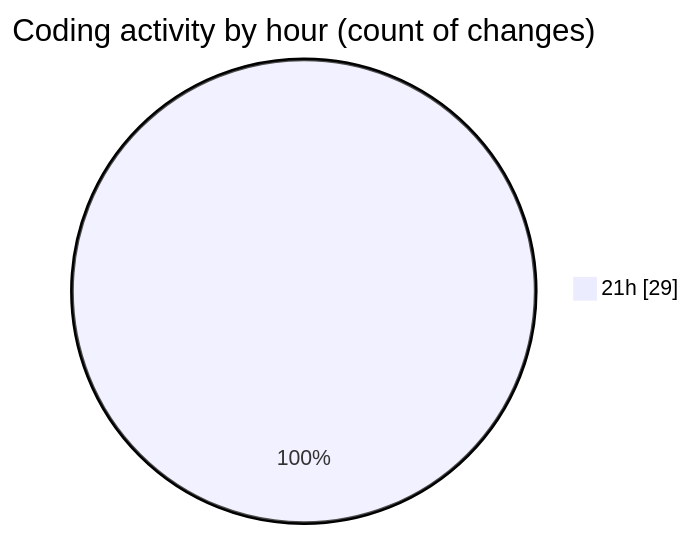
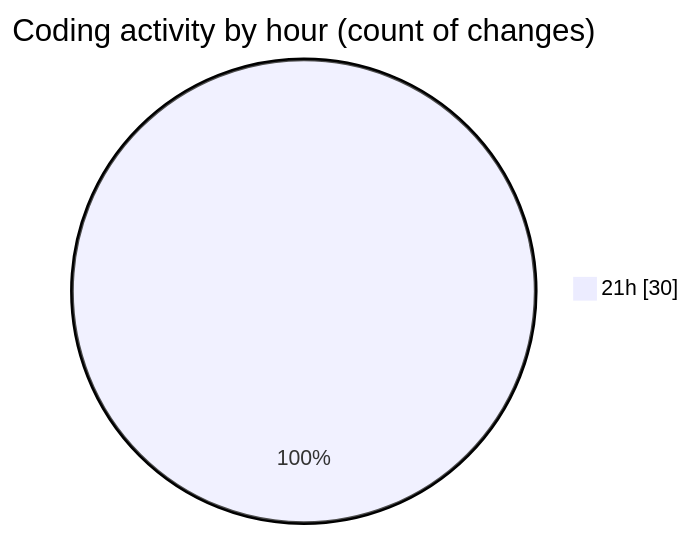
The second of 2 diagrams in 2026-01-02/dsa/README.md (Ritupan-Deka/code-tracking), drawn with Mermaid before and after one commit. The commit also changed other lines of this file and 1 other file, not shown here.

````diff
--- a/2026-01-02/dsa/README.md
+++ b/2026-01-02/dsa/README.md
@@ -31,5 +31,5 @@
 ```mermaid
 pie showData
 title Coding activity by hour (count of changes)
-"21h" : 29
+"21h" : 30
 ```
````
